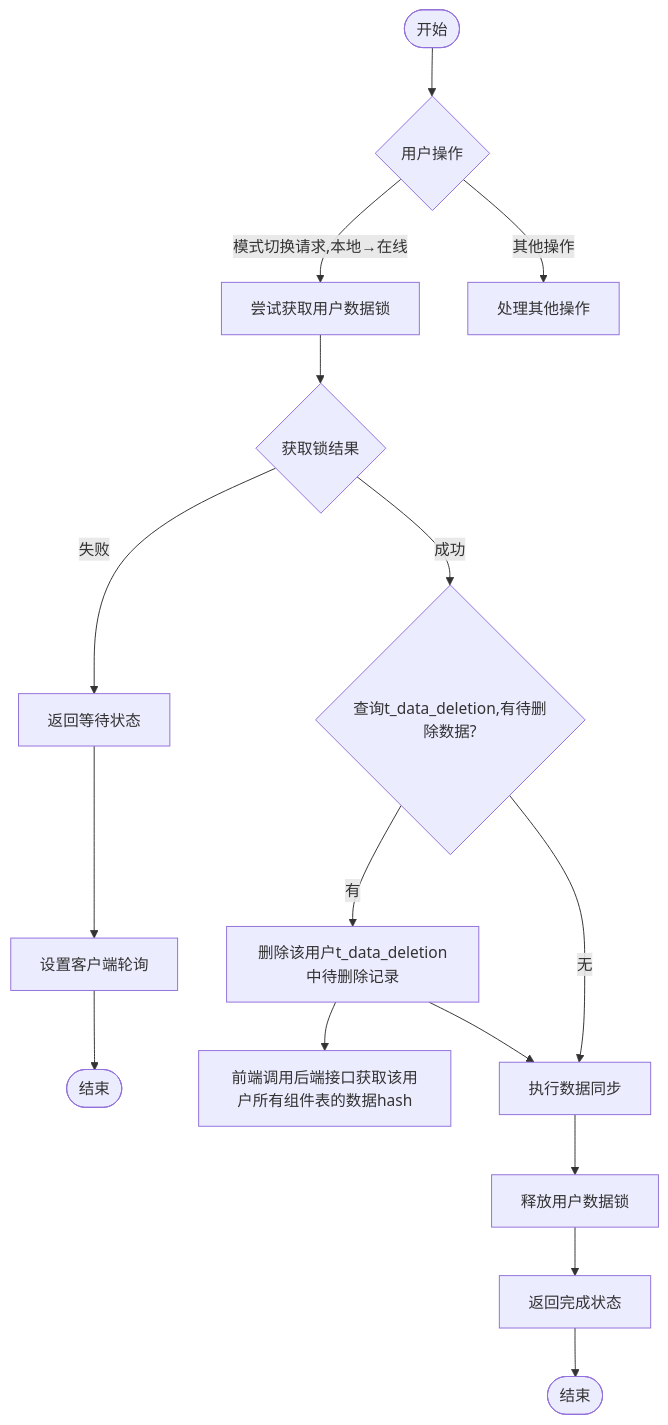
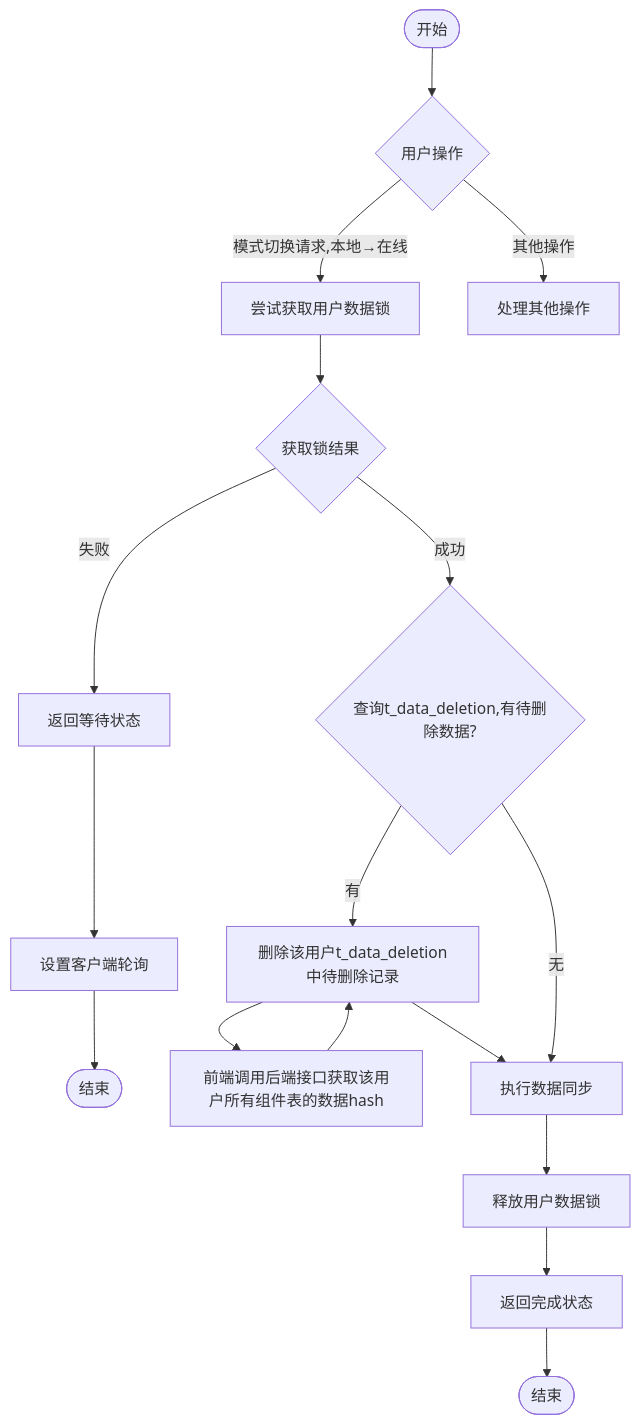
Before and after one commit to yingjianzh/iodraw-files: the diagram in all/未命名-57.md, drawn with Mermaid.

Commit message:
2025-05-12 11:31:29 update

````diff
--- a/all/未命名-57.md
+++ b/all/未命名-57.md
@@ -1,28 +1,29 @@
 ```mermaid
 
 flowchart TD
     %% 主要分支
     Start([开始]) --> UserAction{用户操作}
     UserAction -->|模式切换请求,本地→在线| TryLock[尝试获取用户数据锁]
     UserAction -->|其他操作| OtherOps[处理其他操作]
 
     %% 模式切换流程
     TryLock --> LockResult{获取锁结果}
     
     LockResult -->|失败| ReturnWaiting[返回等待状态]
     ReturnWaiting --> SetupPolling[设置客户端轮询]
     SetupPolling --> End1([结束])
     
     LockResult -->|成功| CheckPendingDeletion{查询t_data_deletion,有待删除数据?}
     
     CheckPendingDeletion -->|有| RemoveDeletionRecords[删除该用户t_data_deletion中待删除记录]
     RemoveDeletionRecords --> FrontGetComponentTableHash[前端调用后端接口获取该用户所有组件表的数据hash]
+    FrontGetComponentTableHash -->
     RemoveDeletionRecords --> PerformSync[执行数据同步]
     
     CheckPendingDeletion -->|无| PerformSync
     
     PerformSync --> ReleaseSwitchLock[释放用户数据锁]
     ReleaseSwitchLock --> ReturnComplete[返回完成状态]
     ReturnComplete --> End2([结束])
 
 ```
````
